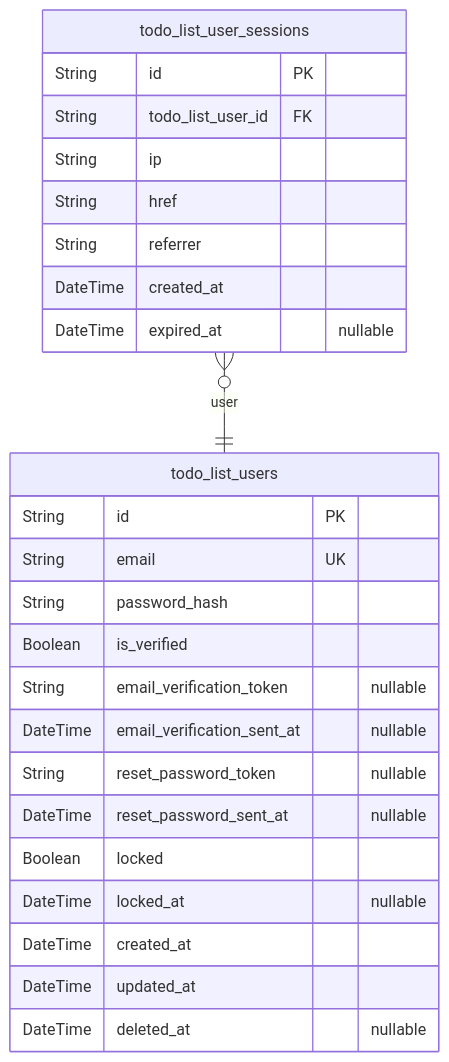
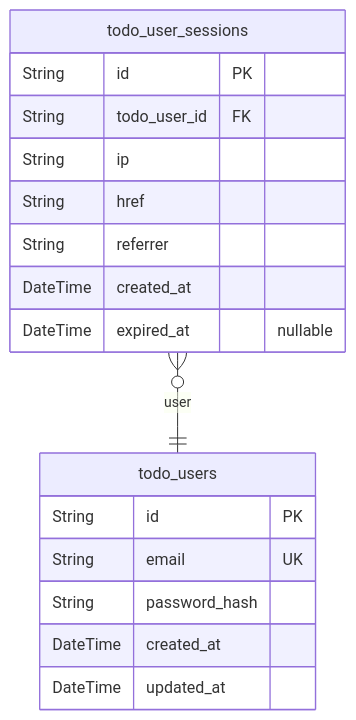
One commit to wrtnlabs/autobe-examples changed the first of 2 diagrams in openai/gpt-4.1/todo/docs/ERD.md. Above: the diagram before and after it, drawn with Mermaid. The commit also changed other lines of this file and 1725 other files, not shown here.

````diff
--- a/openai/gpt-4.1/todo/docs/ERD.md
+++ b/openai/gpt-4.1/todo/docs/ERD.md
@@ -10,28 +10,20 @@
 ```mermaid
 erDiagram
-"todo_list_users" {
+"todo_users" {
   String id PK
   String email UK
   String password_hash
-  Boolean is_verified
-  String email_verification_token "nullable"
-  DateTime email_verification_sent_at "nullable"
-  String reset_password_token "nullable"
-  DateTime reset_password_sent_at "nullable"
-  Boolean locked
-  DateTime locked_at "nullable"
   DateTime created_at
   DateTime updated_at
-  DateTime deleted_at "nullable"
 }
-"todo_list_user_sessions" {
+"todo_user_sessions" {
   String id PK
-  String todo_list_user_id FK
+  String todo_user_id FK
   String ip
   String href
   String referrer
   DateTime created_at
   DateTime expired_at "nullable"
 }
-"todo_list_user_sessions" }o--|| "todo_list_users" : user
+"todo_user_sessions" }o--|| "todo_users" : user
 ```
````
